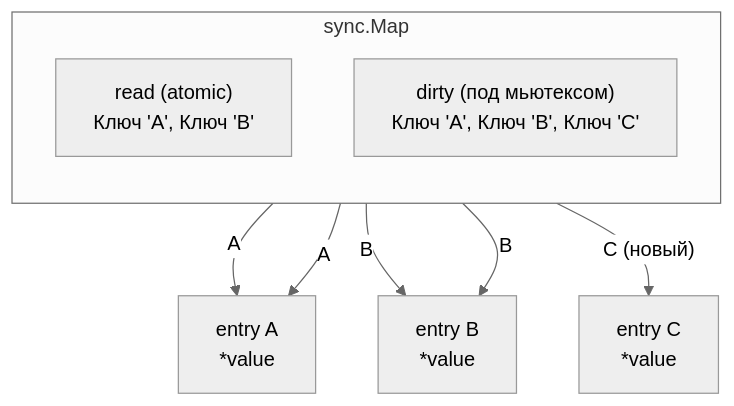
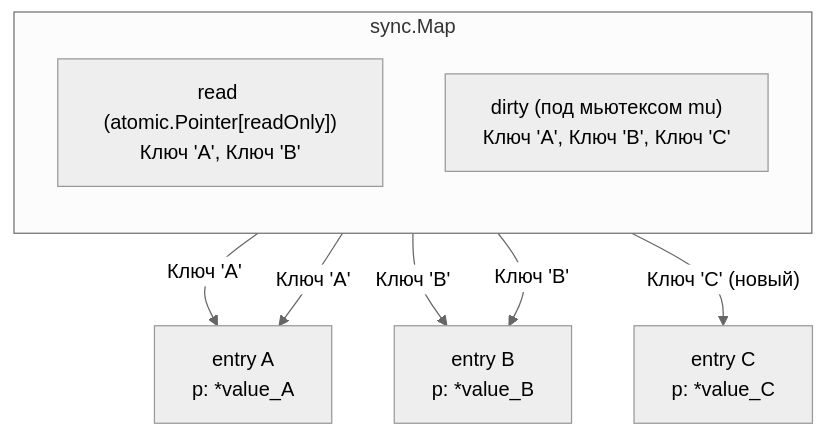
One commit to UnrealTemplier/go-textbook changed the first of 3 diagrams in sources/7. Глубокий Go (Внутреннее устройство)/33.1. sync_map под капотом. Read и dirty словари.md. Above: the diagram before and after it, drawn with Mermaid (neutral theme). The commit also changed other lines of this file, not shown here.

````diff
--- a/sources/7. Глубокий Go (Внутреннее устройство)/33.1. sync_map под капотом. Read и dirty словари.md
+++ b/sources/7. Глубокий Go (Внутреннее устройство)/33.1. sync_map под капотом. Read и dirty словари.md
@@ -40,19 +52,19 @@
 ```mermaid
 flowchart TD
     subgraph SYNC_MAP ["sync.Map"]
         direction TB
-        READ["read (atomic)<br>Ключ 'A', Ключ 'B'"]
-        DIRTY["dirty (под мьютексом)<br>Ключ 'A', Ключ 'B', Ключ 'C'"]
+        READ["read (atomic.Pointer[readOnly])<br>Ключ 'A', Ключ 'B'"]
+        DIRTY["dirty (под мьютексом mu)<br>Ключ 'A', Ключ 'B', Ключ 'C'"]
     end
     
-    ENT_A["entry A<br>*value"]
-    ENT_B["entry B<br>*value"]
-    ENT_C["entry C<br>*value"]
+    ENT_A["entry A<br>p: *value_A"]
+    ENT_B["entry B<br>p: *value_B"]
+    ENT_C["entry C<br>p: *value_C"]
     
-    READ -->|"A"| ENT_A
-    READ -->|"B"| ENT_B
+    READ -->|"Ключ 'A'"| ENT_A
+    READ -->|"Ключ 'B'"| ENT_B
     
-    DIRTY -->|"A"| ENT_A
-    DIRTY -->|"B"| ENT_B
-    DIRTY -->|"C (новый)"| ENT_C
+    DIRTY -->|"Ключ 'A'"| ENT_A
+    DIRTY -->|"Ключ 'B'"| ENT_B
+    DIRTY -->|"Ключ 'C' (новый)"| ENT_C
 ```
````
